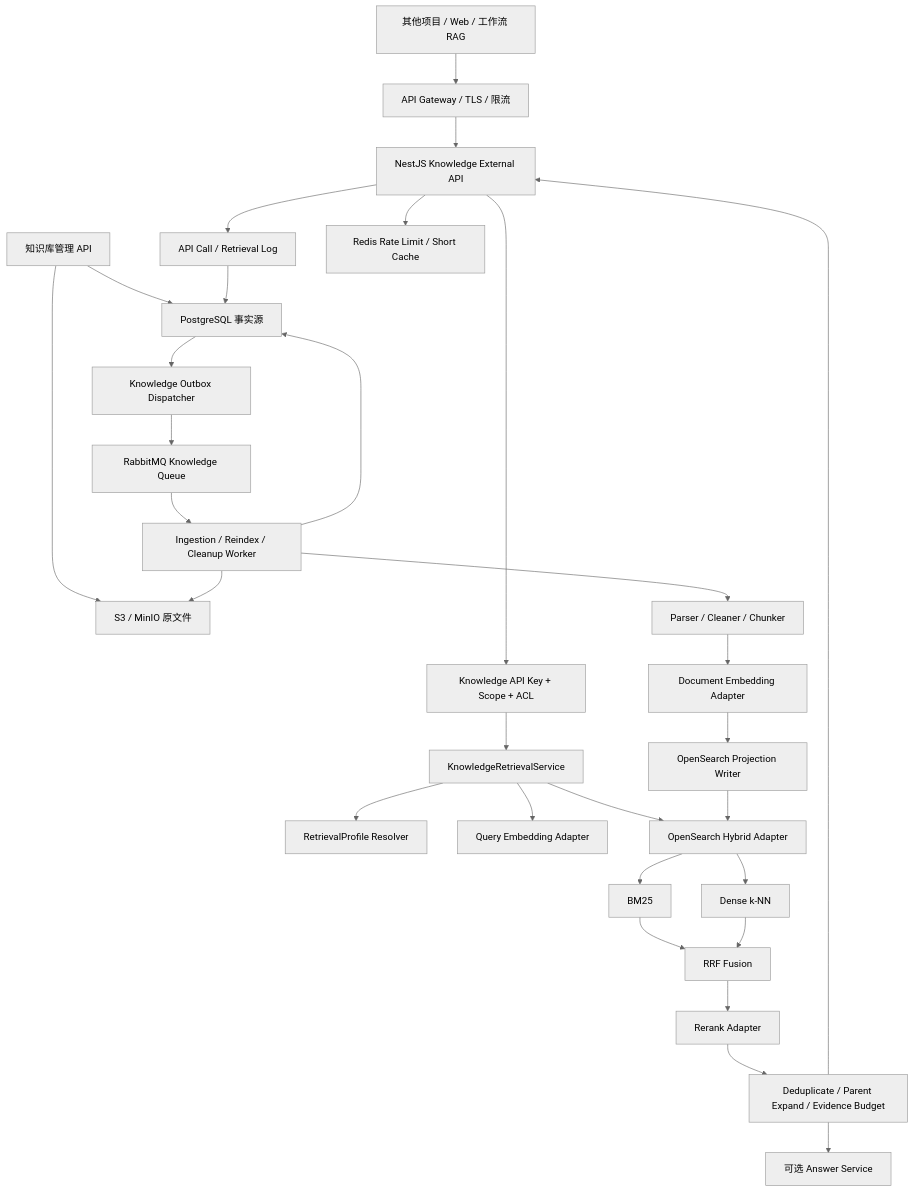
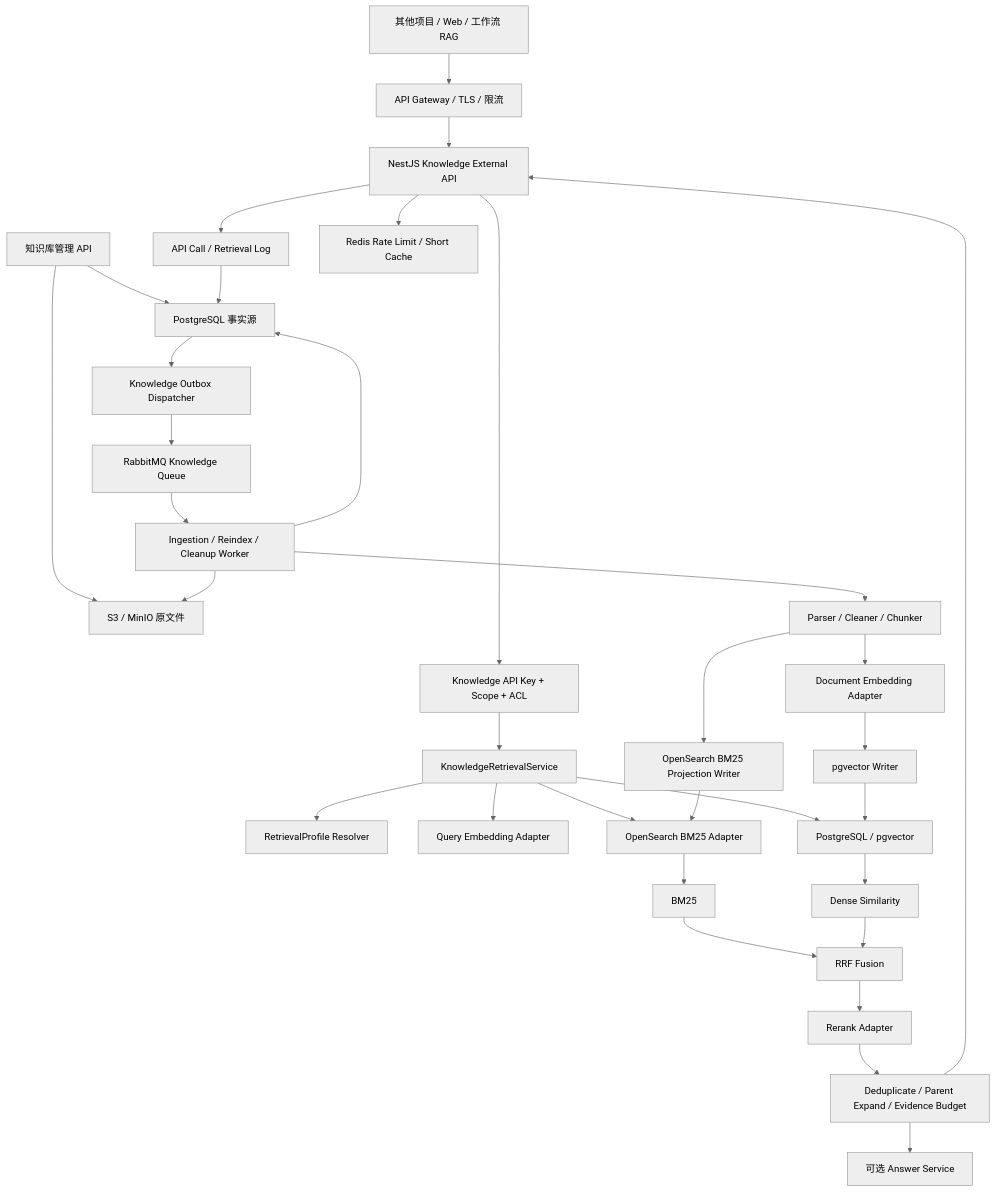
Before and after one commit to xiaotianna/ai-workflow: the first of 2 diagrams in docs/knowledge-base-production-api-design.md, drawn with Mermaid (neutral theme). The commit also changed other lines of this file and 29 other files, not shown here.

````diff
--- a/docs/knowledge-base-production-api-design.md
+++ b/docs/knowledge-base-production-api-design.md
@@ -170,34 +171,37 @@
 ```mermaid
 flowchart TB
   Client["其他项目 / Web / 工作流 RAG"] --> Gateway["API Gateway / TLS / 限流"]
   Gateway --> Api["NestJS Knowledge External API"]
   Api --> Auth["Knowledge API Key + Scope + ACL"]
   Auth --> Retrieval["KnowledgeRetrievalService"]
   Retrieval --> Profile["RetrievalProfile Resolver"]
   Retrieval --> EmbedQuery["Query Embedding Adapter"]
-  Retrieval --> Search["OpenSearch Hybrid Adapter"]
+  Retrieval --> Search["OpenSearch BM25 Adapter"]
+  Retrieval --> Vector["PostgreSQL / pgvector"]
   Search --> BM25["BM25"]
-  Search --> Dense["Dense k-NN"]
+  Vector --> Dense["Dense Similarity"]
   BM25 --> RRF["RRF Fusion"]
   Dense --> RRF
   RRF --> Rerank["Rerank Adapter"]
   Rerank --> Context["Deduplicate / Parent Expand / Evidence Budget"]
   Context --> Api
   Context --> LLM["可选 Answer Service"]
 
   Admin["知识库管理 API"] --> PG["PostgreSQL 事实源"]
   Admin --> Storage["S3 / MinIO 原文件"]
   PG --> Outbox["Knowledge Outbox Dispatcher"]
   Outbox --> MQ["RabbitMQ Knowledge Queue"]
   MQ --> Worker["Ingestion / Reindex / Cleanup Worker"]
   Worker --> Storage
   Worker --> Parser["Parser / Cleaner / Chunker"]
   Parser --> EmbedDoc["Document Embedding Adapter"]
-  EmbedDoc --> Projection["OpenSearch Projection Writer"]
+  EmbedDoc --> VectorWrite["pgvector Writer"]
+  Parser --> Projection["OpenSearch BM25 Projection Writer"]
+  VectorWrite --> Vector
   Projection --> Search
   Worker --> PG
 
   Api --> Audit["API Call / Retrieval Log"]
   Audit --> PG
   Api --> Redis["Redis Rate Limit / Short Cache"]
 ```
````
